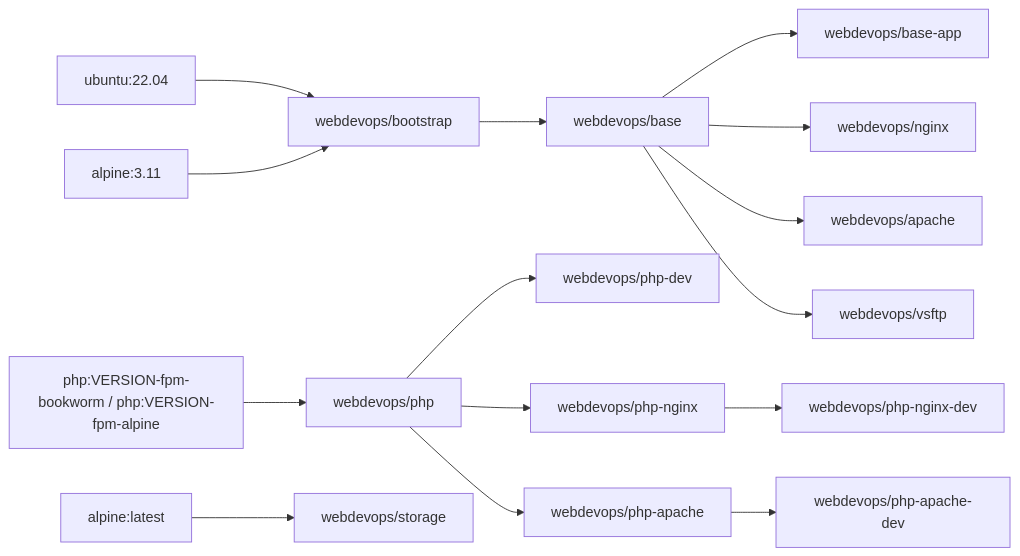
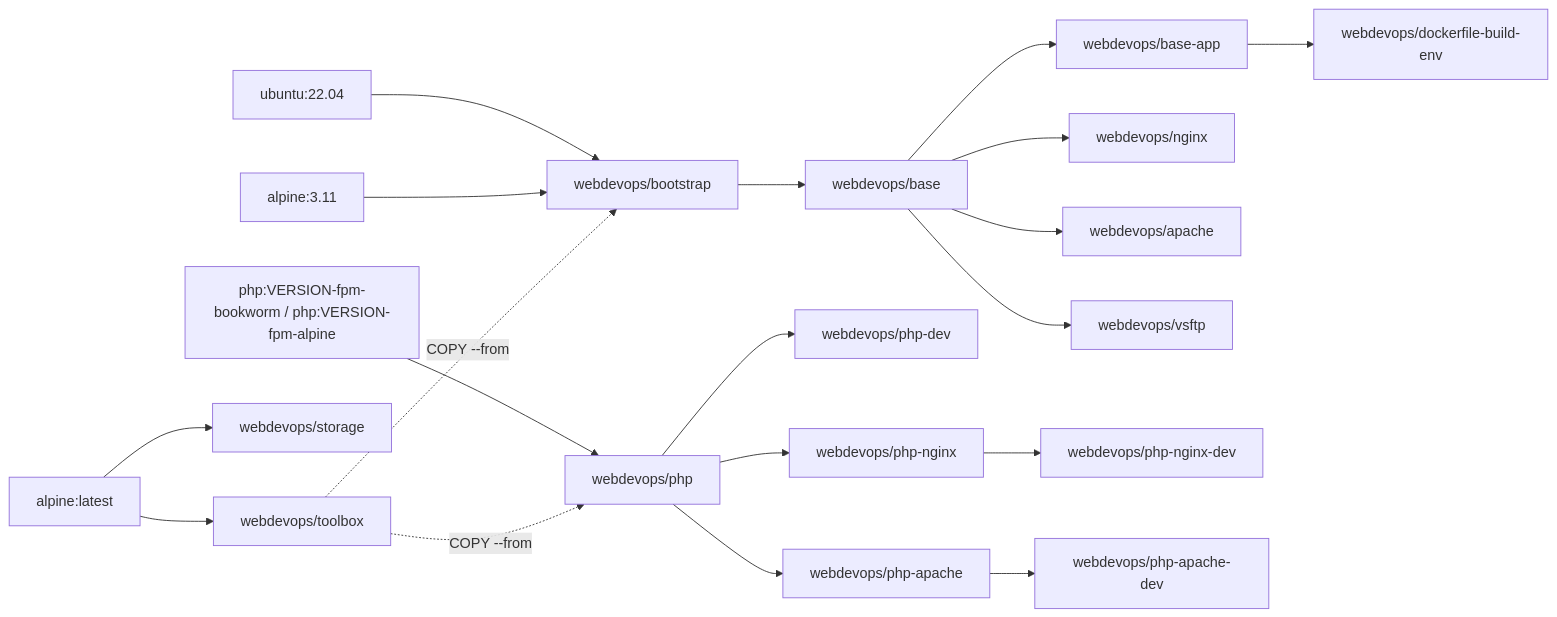
Before and after one commit to webdevops/Dockerfile: the diagram in docs/README.md, drawn with Mermaid. The commit also changed other lines of this file and 2 other files, not shown here.

First line of the commit message:
[TASK] Add known issues page and list toolbox and build environment

````diff
--- a/docs/README.md
+++ b/docs/README.md
@@ -25,17 +28,21 @@
 ```mermaid
 flowchart LR
   ubuntu["ubuntu:22.04"] --> bootstrap["webdevops/bootstrap"]
   alpine311["alpine:3.11"] --> bootstrap
   bootstrap --> base["webdevops/base"]
   base --> baseapp["webdevops/base-app"]
   base --> nginx["webdevops/nginx"]
   base --> apache["webdevops/apache"]
   base --> vsftp["webdevops/vsftp"]
   officialphp["php:VERSION-fpm-bookworm / php:VERSION-fpm-alpine"] --> php["webdevops/php"]
   php --> phpdev["webdevops/php-dev"]
   php --> phpnginx["webdevops/php-nginx"]
   php --> phpapache["webdevops/php-apache"]
   phpnginx --> phpnginxdev["webdevops/php-nginx-dev"]
   phpapache --> phpapachedev["webdevops/php-apache-dev"]
   alpine["alpine:latest"] --> storage["webdevops/storage"]
+  alpine --> toolbox["webdevops/toolbox"]
+  baseapp --> buildenv["webdevops/dockerfile-build-env"]
+  toolbox -. "COPY --from" .-> bootstrap
+  toolbox -. "COPY --from" .-> php
 ```
````
